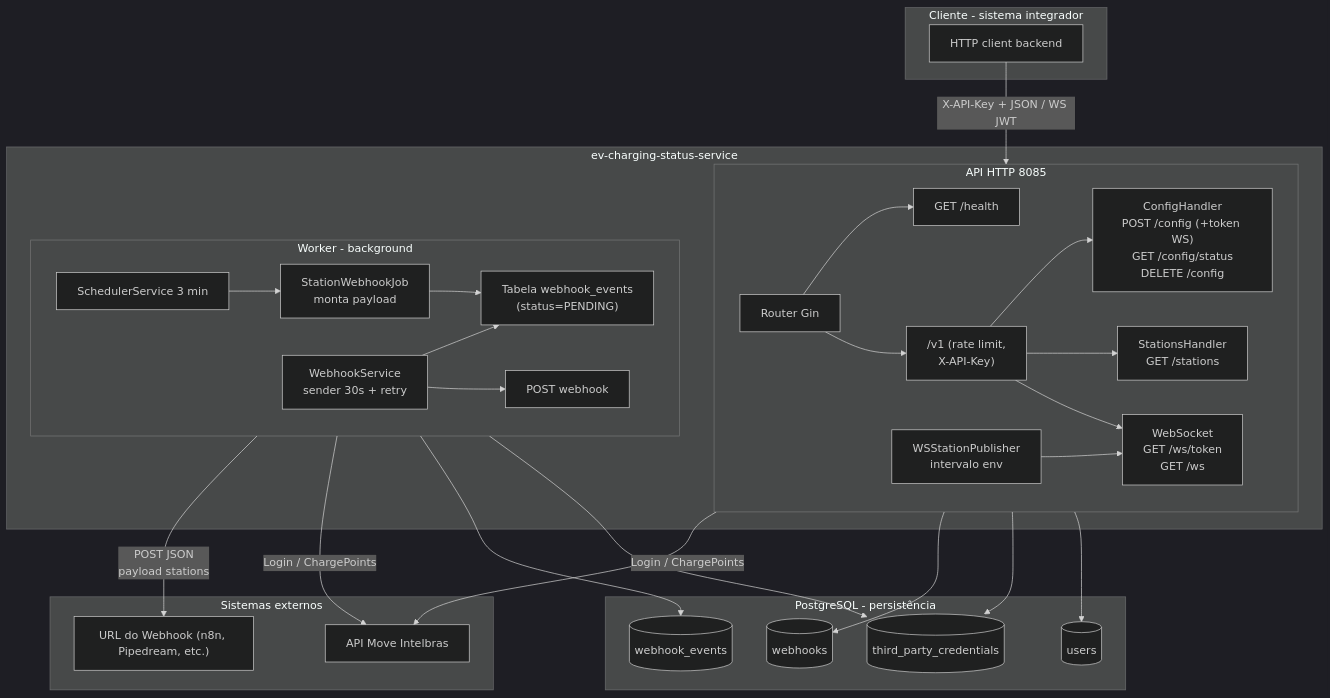
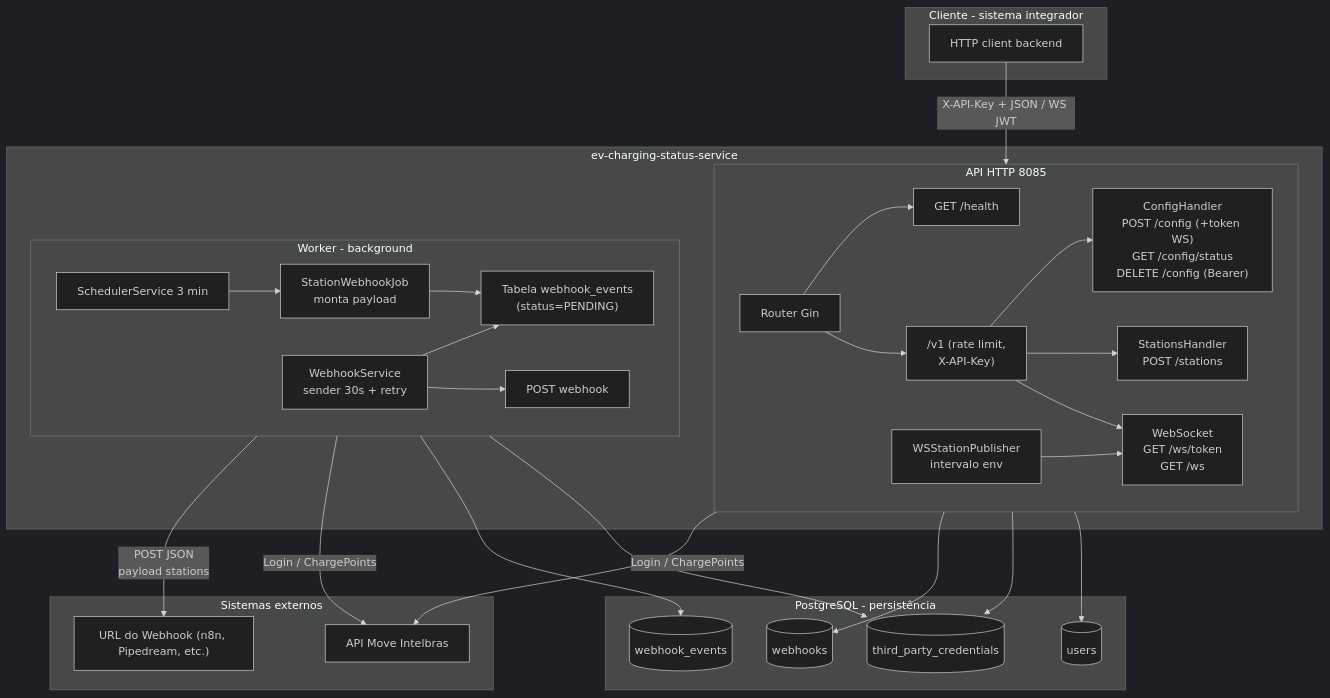
Before and after one commit to DhioneCastilhoBarbosa/ev-charging-status-service: the diagram in README.md, drawn with Mermaid (dark theme). The commit also changed other lines of this file and 19 other files, not shown here.

````diff
--- a/README.md
+++ b/README.md
@@ -38,57 +38,57 @@
 ```mermaid
 flowchart TB
     %% Clientes da API
     subgraph Client["Cliente - sistema integrador"]
         C[HTTP client backend]
     end
 
     %% Serviço principal
     subgraph Service["ev-charging-status-service"]
         subgraph API["API HTTP 8085"]
             R[Router Gin]
             R --> Health["GET /health"]
             R --> V1["/v1 (rate limit,\nX-API-Key)"]
-            V1 --> Config["ConfigHandler\nPOST /config (+token WS)\nGET /config/status\nDELETE /config"]
-            V1 --> Stations["StationsHandler\nGET /stations"]
+            V1 --> Config["ConfigHandler\nPOST /config (+token WS)\nGET /config/status\nDELETE /config (Bearer)"]
+            V1 --> Stations["StationsHandler\nPOST /stations"]
             V1 --> WS["WebSocket\nGET /ws/token\nGET /ws"]
             WSPub["WSStationPublisher\nintervalo env"]
             WSPub --> WS
         end
 
         subgraph Worker["Worker - background"]
             Scheduler["SchedulerService 3 min"]
             Job["StationWebhookJob\nmonta payload"]
             Sender["WebhookService\nsender 30s + retry"]
             Scheduler --> Job
             Job --> Queue["Tabela webhook_events\n(status=PENDING)"]
             Sender --> Queue
             Sender --> POST["POST webhook"]
         end
     end
 
     %% Persistência
     subgraph DB["PostgreSQL - persistência"]
         Users[(users)]
         Creds[(third_party_credentials)]
         Webhooks[(webhooks)]
         Events[(webhook_events)]
     end
 
     %% Sistemas externos
     subgraph External["Sistemas externos"]
         Intelbras["API Move Intelbras"]
         WebhookURL["URL do Webhook (n8n, Pipedream, etc.)"]
     end
 
     %% Relações
     C -->|X-API-Key + JSON / WS JWT| API
     API --> Users
     API --> Creds
     API --> Webhooks
     API -->|Login / ChargePoints| Intelbras
 
     Worker --> Creds
     Worker --> Events
     Worker -->|Login / ChargePoints| Intelbras
     Worker -->|POST JSON\npayload stations| WebhookURL
 ```
````
